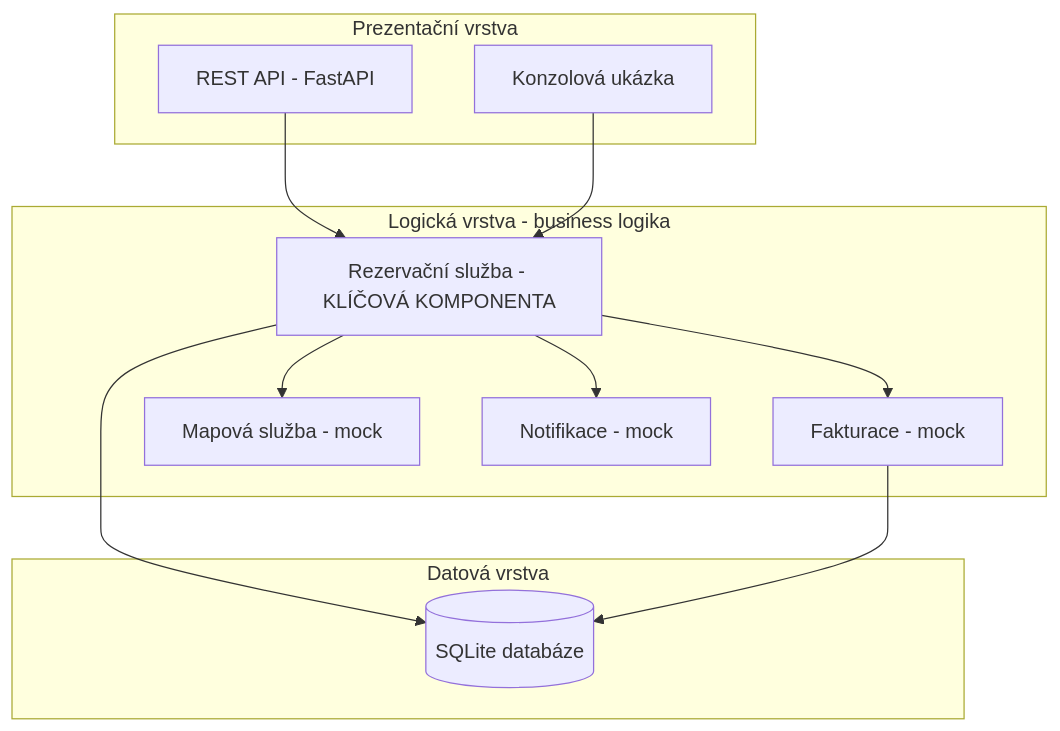
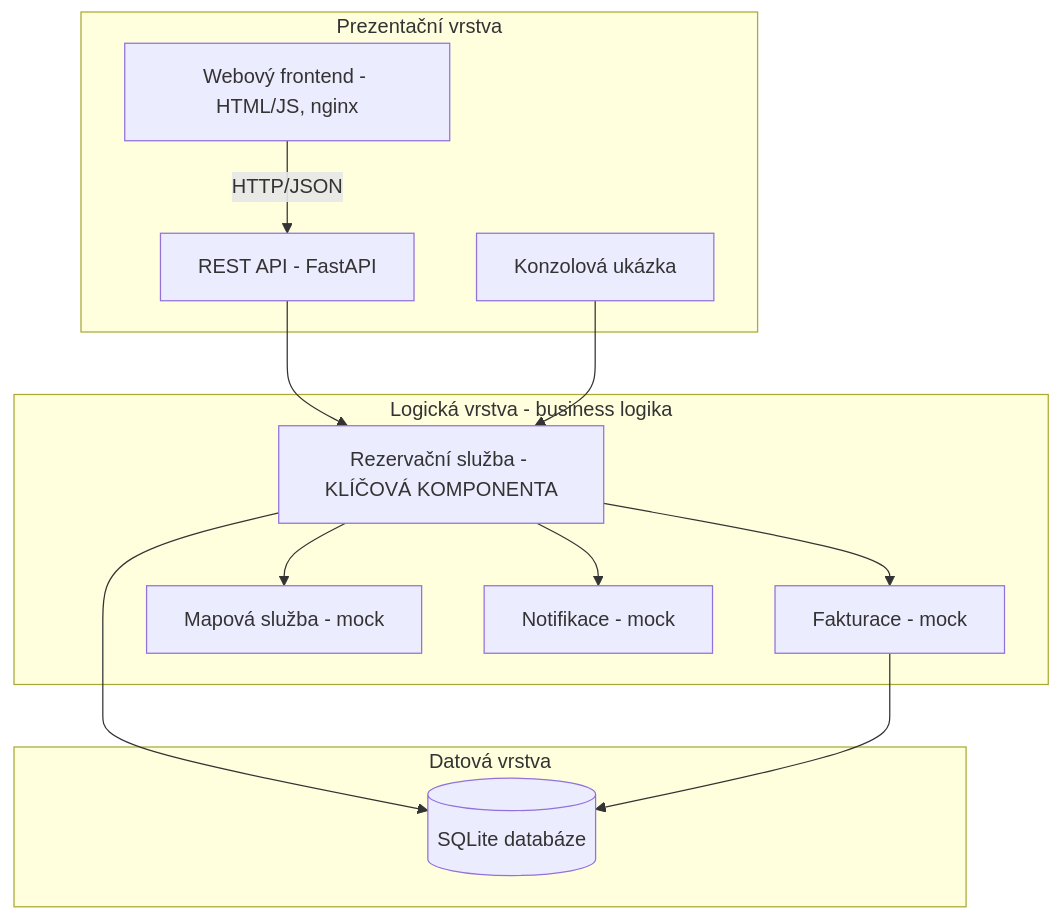
Before and after one commit to jacobcpp/KSWI: the first of 2 diagrams in report/02_architektura.md, drawn with Mermaid. The commit also changed other lines of this file and 7 other files, not shown here.

````diff
--- a/report/02_architektura.md
+++ b/report/02_architektura.md
@@ -32,24 +36,26 @@
 ```mermaid
 flowchart TB
     subgraph P[Prezentační vrstva]
+        FRONT[Webový frontend - HTML/JS, nginx]
         API[REST API - FastAPI]
         CLI[Konzolová ukázka]
     end
     subgraph L[Logická vrstva - business logika]
         RES[Rezervační služba - KLÍČOVÁ KOMPONENTA]
         BIL[Fakturace - mock]
         MAP[Mapová služba - mock]
         NOT[Notifikace - mock]
     end
     subgraph D[Datová vrstva]
         DB[(SQLite databáze)]
     end
 
+    FRONT -- HTTP/JSON --> API
     API --> RES
     CLI --> RES
     RES --> BIL
     RES --> MAP
     RES --> NOT
     RES --> DB
     BIL --> DB
 ```
````
